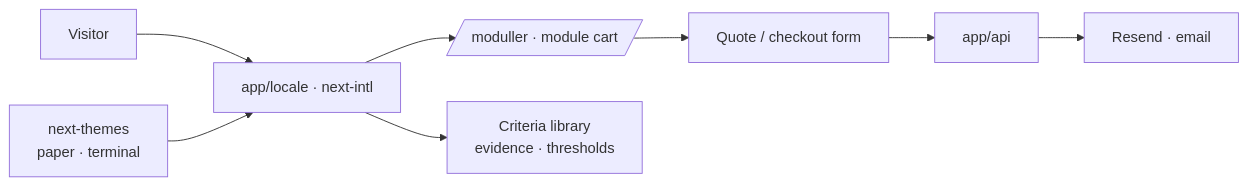
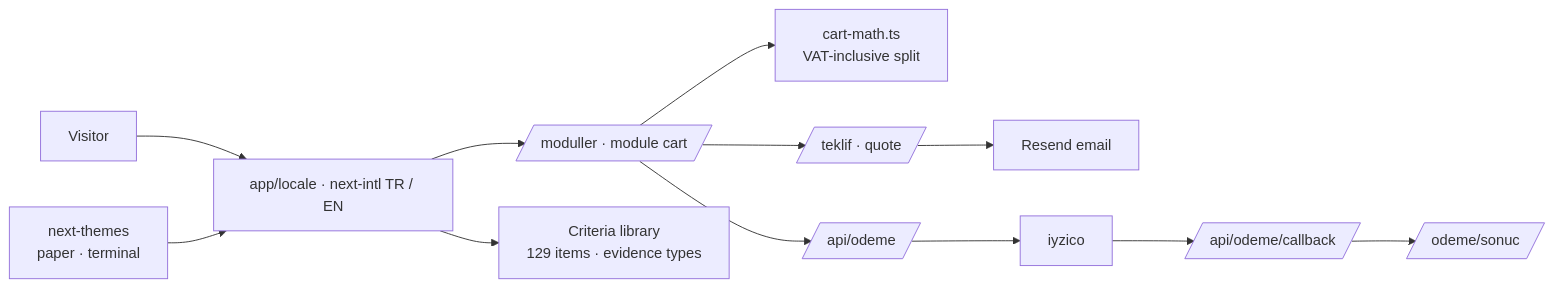
The diagram in README.md (kutluhangil/Hospitality-Audit-Group), drawn with Mermaid before and after one commit. The commit also changed other lines of this file and 3 other files, not shown here.

````diff
--- a/README.md
+++ b/README.md
@@ -50,9 +72,10 @@
 ```mermaid
 flowchart LR
-  V[Visitor] --> L[app/locale · next-intl]
+  V[Visitor] --> L[app/locale · next-intl TR / EN]
   L --> M[/moduller · module cart/]
-  L --> C[Criteria library<br/>evidence · thresholds]
-  M --> Q[Quote / checkout form]
-  Q --> API[app/api] --> R[Resend · email]
+  L --> C[Criteria library<br/>129 items · evidence types]
+  M --> CM[cart-math.ts<br/>VAT-inclusive split]
+  M --> Q[/teklif · quote/] --> R[Resend email]
+  M --> P[/api/odeme/] --> IY[iyzico] --> CB[/api/odeme/callback/] --> RES[/odeme/sonuc/]
   T[next-themes<br/>paper · terminal] --> L
 ```
````
